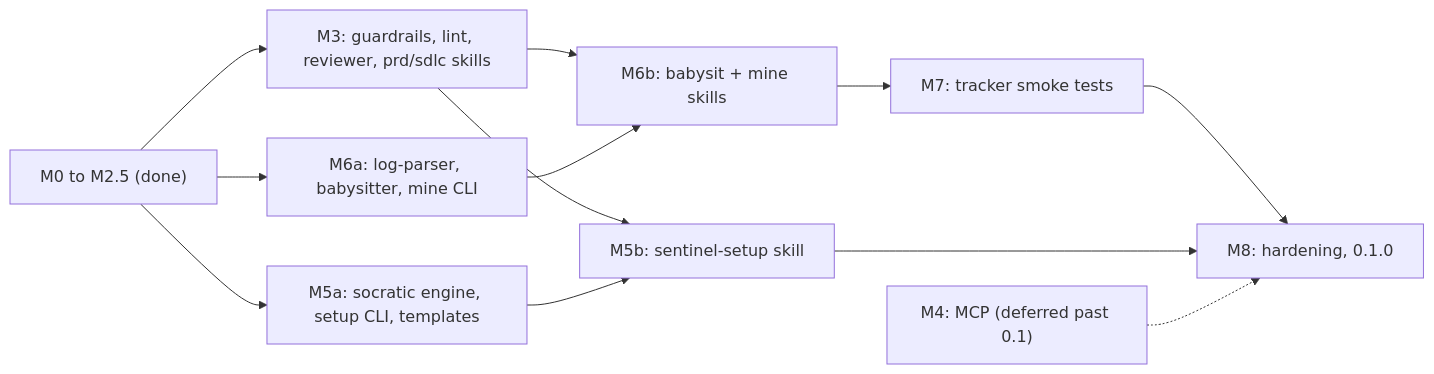
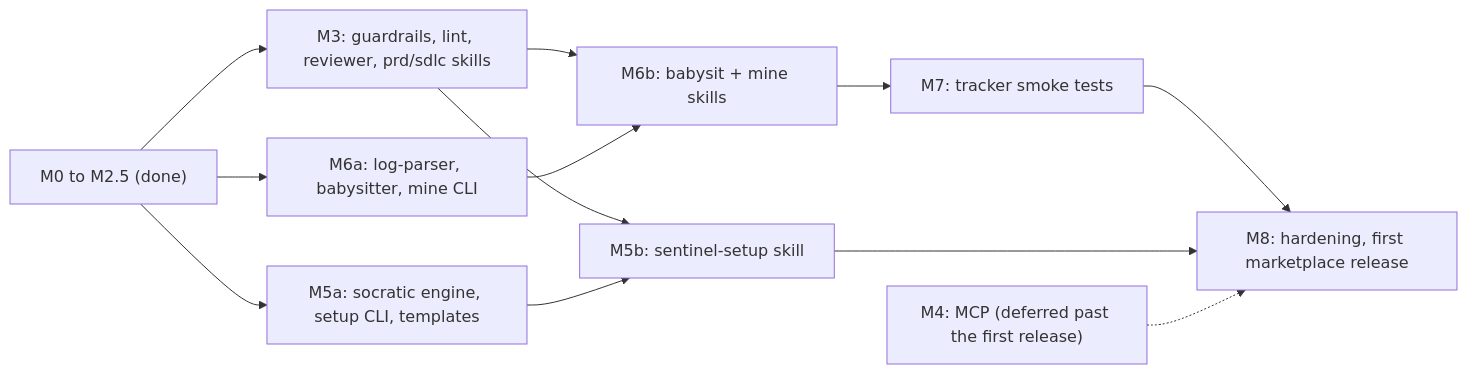
The first of 2 diagrams in docs/PLAN.md (robert-nagy/sentinel), drawn with Mermaid before and after one commit. The commit also changed other lines of this file and 1 other file, not shown here.

````diff
--- a/docs/PLAN.md
+++ b/docs/PLAN.md
@@ -467,14 +467,14 @@
 ```mermaid
 flowchart LR
   done["M0 to M2.5 (done)"] --> M3["M3: guardrails, lint, reviewer, prd/sdlc skills"]
   done --> M6a["M6a: log-parser, babysitter, mine CLI"]
   done --> M5a["M5a: socratic engine, setup CLI, templates"]
   M3 --> M6b["M6b: babysit + mine skills"]
   M6a --> M6b
   M3 --> M5b["M5b: sentinel-setup skill"]
   M5a --> M5b
   M6b --> M7["M7: tracker smoke tests"]
-  M7 --> M8["M8: hardening, 0.1.0"]
+  M7 --> M8["M8: hardening, first marketplace release"]
   M5b --> M8
-  M4["M4: MCP (deferred past 0.1)"] -.-> M8
+  M4["M4: MCP (deferred past the first release)"] -.-> M8
 ```
````
